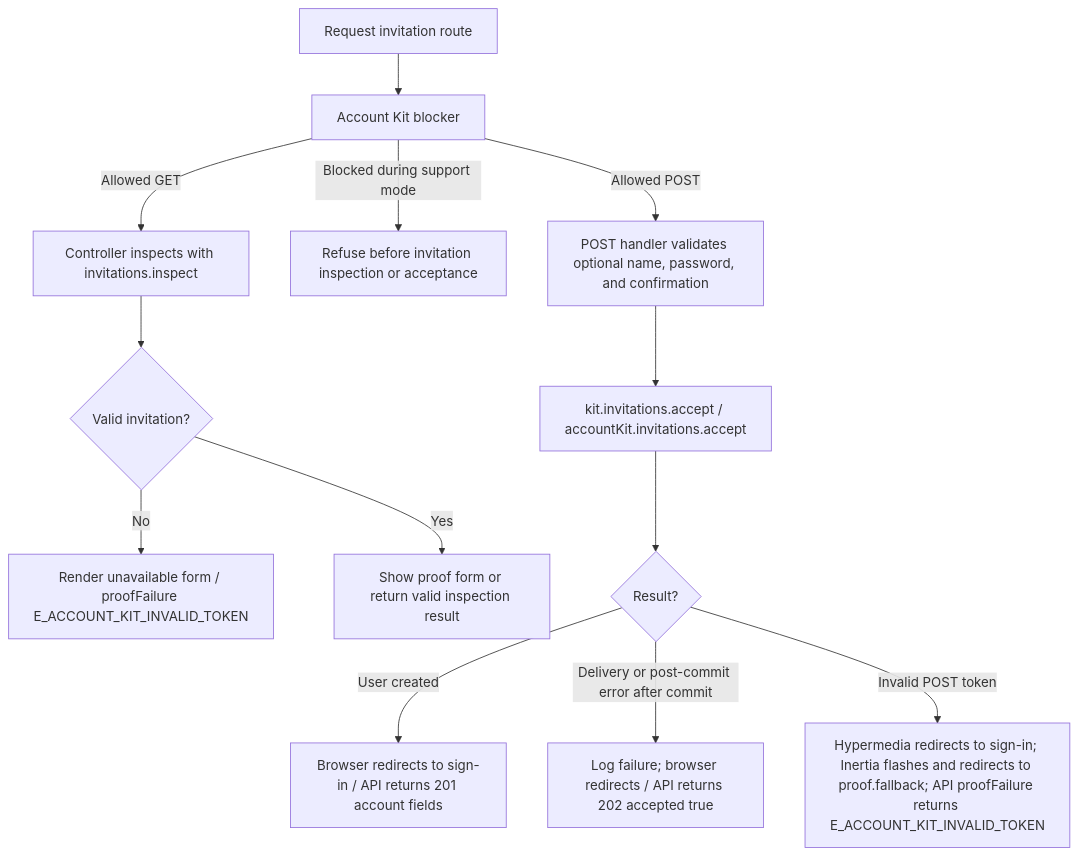
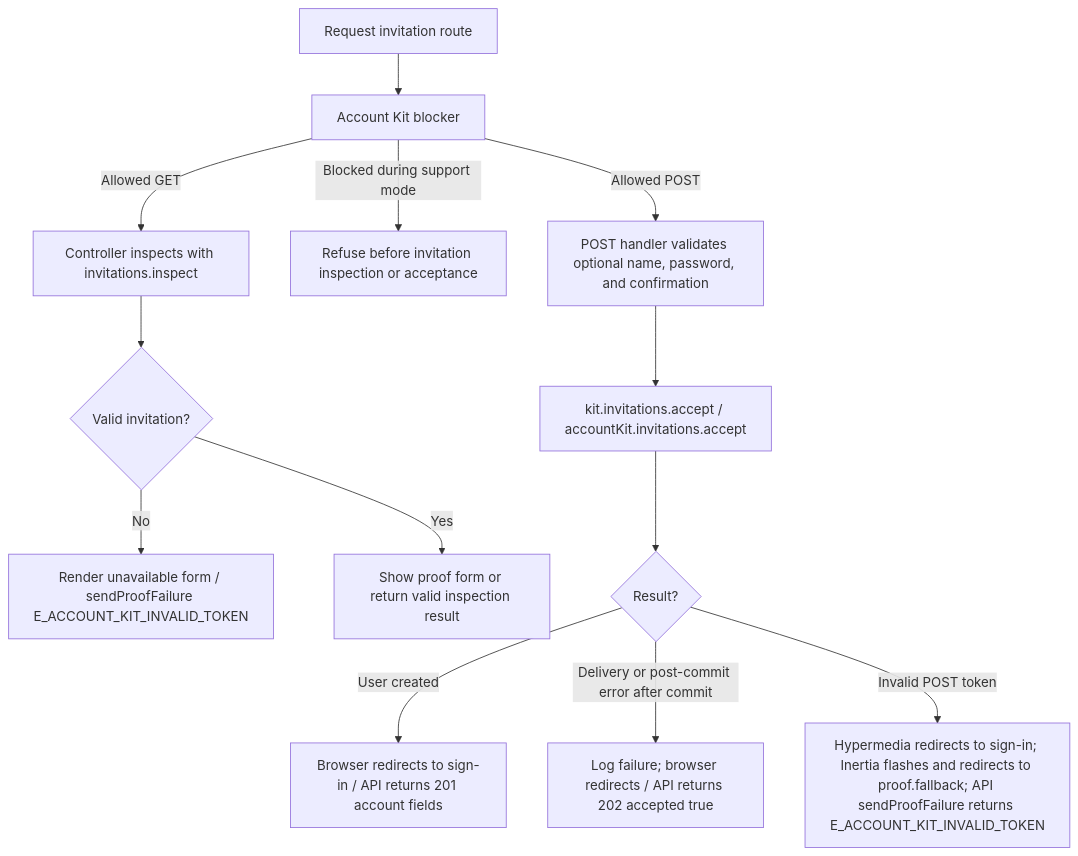
One commit to Kevinjohn/oss-adonisjs-starter-examples changed the second of 2 diagrams in user-stories/teams/us-team-05-accept-invitation.md. Above: the diagram before and after it, drawn with Mermaid. The commit also changed 27 other files, not shown here.

````diff
--- a/user-stories/teams/us-team-05-accept-invitation.md
+++ b/user-stories/teams/us-team-05-accept-invitation.md
@@ -48,15 +48,15 @@
 ```mermaid
 flowchart TD
     A["Request invitation route"] --> Z["Account Kit blocker"]
     Z -->|Allowed GET| B["Controller inspects with invitations.inspect"]
     Z -->|Blocked during support mode| Z1["Refuse before invitation inspection or acceptance"]
     B --> C{"Valid invitation?"}
-    C -->|No| D["Render unavailable form / proofFailure E_ACCOUNT_KIT_INVALID_TOKEN"]
+    C -->|No| D["Render unavailable form / sendProofFailure E_ACCOUNT_KIT_INVALID_TOKEN"]
     C -->|Yes| V["Show proof form or return valid inspection result"]
     Z -->|Allowed POST| E["POST handler validates optional name, password, and confirmation"]
     E --> F["kit.invitations.accept / accountKit.invitations.accept"]
     F --> G{"Result?"}
     G -->|User created| H["Browser redirects to sign-in / API returns 201 account fields"]
     G -->|Delivery or post-commit error after commit| I["Log failure; browser redirects / API returns 202 accepted true"]
-    G -->|Invalid POST token| J["Hypermedia redirects to sign-in; Inertia flashes and redirects to proof.fallback; API proofFailure returns E_ACCOUNT_KIT_INVALID_TOKEN"]
+    G -->|Invalid POST token| J["Hypermedia redirects to sign-in; Inertia flashes and redirects to proof.fallback; API sendProofFailure returns E_ACCOUNT_KIT_INVALID_TOKEN"]
 ```
````
